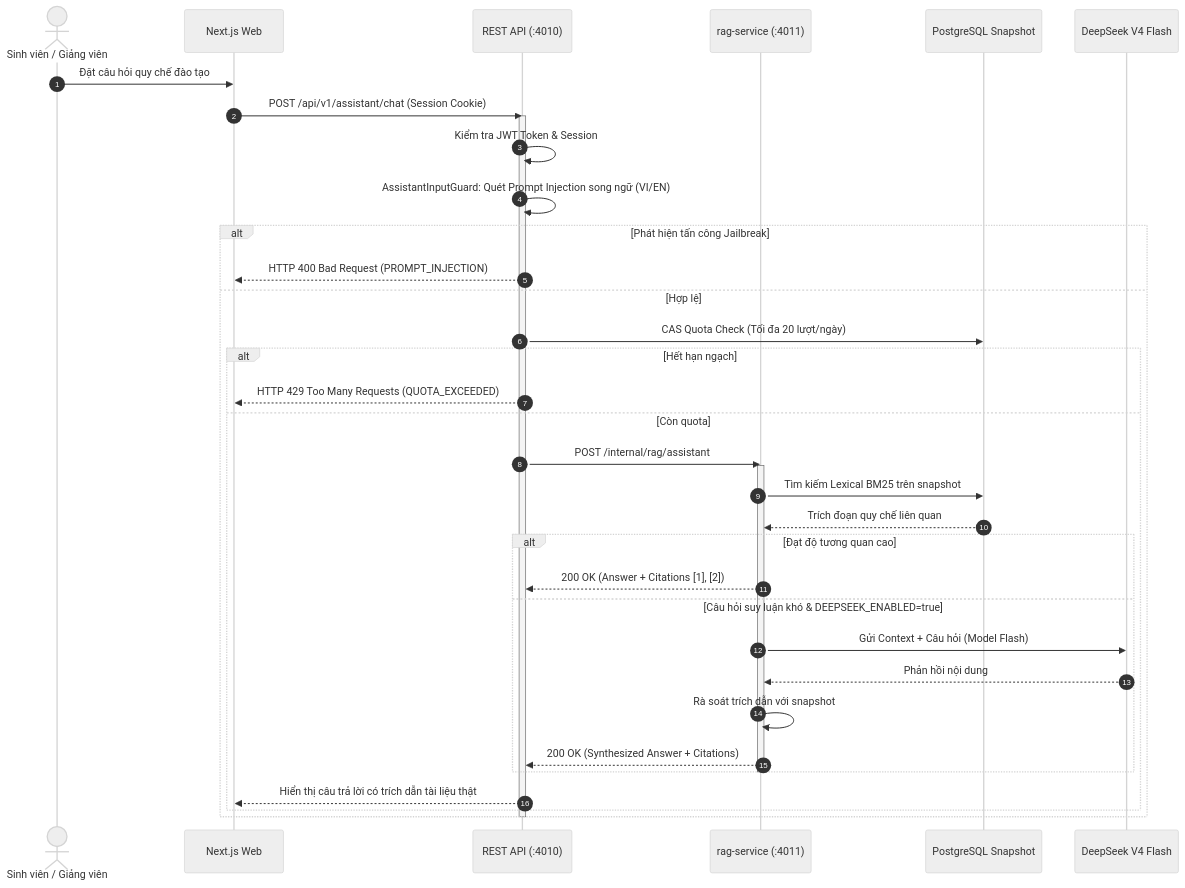
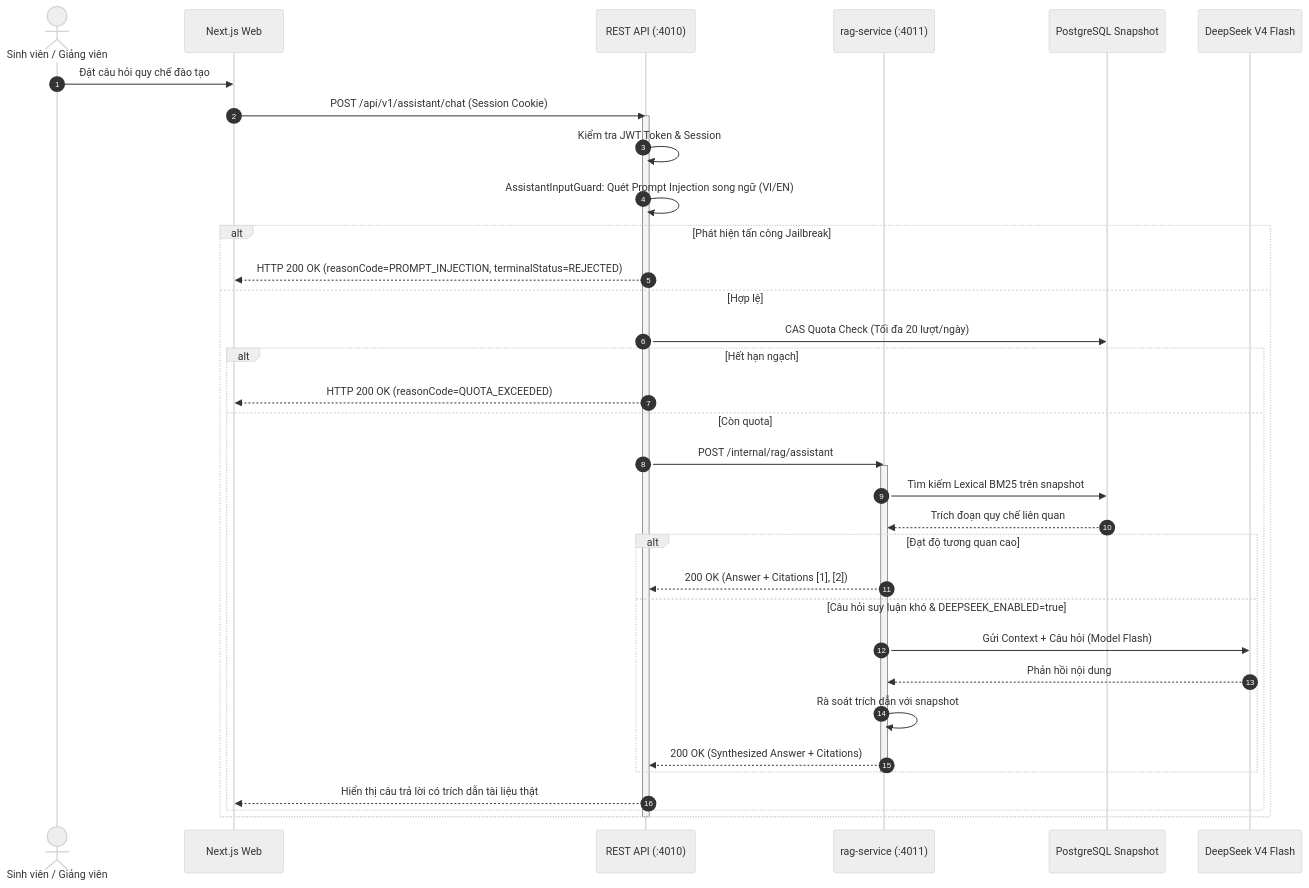
One commit to JasonTM17/CampusCore_Ecosystem changed the fourth of 5 diagrams in docs/ARCHITECTURE.md. Above: the diagram before and after it, drawn with Mermaid (neutral theme). The commit also changed other lines of this file and 6 other files, not shown here.

First line of the commit message:
docs: correct profiles, defaults, schema inventory, counts and gate registry against the code

````diff
--- a/docs/ARCHITECTURE.md
+++ b/docs/ARCHITECTURE.md
@@ -166,41 +166,41 @@
 ```mermaid
 sequenceDiagram
     autonumber
     actor User as Sinh viên / Giảng viên
     participant Web as Next.js Web
     participant API as REST API (:4010)
     participant Sidecar as rag-service (:4011)
     participant DB as PostgreSQL Snapshot
     participant DeepSeek as DeepSeek V4 Flash
 
     User->>Web: Đặt câu hỏi quy chế đào tạo
     Web->>API: POST /api/v1/assistant/chat (Session Cookie)
 
     activate API
     API->>API: Kiểm tra JWT Token & Session
     API->>API: AssistantInputGuard: Quét Prompt Injection song ngữ (VI/EN)
     alt Phát hiện tấn công Jailbreak
-        API-->>Web: HTTP 400 Bad Request (PROMPT_INJECTION)
+        API-->>Web: HTTP 200 OK (reasonCode=PROMPT_INJECTION, terminalStatus=REJECTED)
     else Hợp lệ
         API->>DB: CAS Quota Check (Tối đa 20 lượt/ngày)
         alt Hết hạn ngạch
-            API-->>Web: HTTP 429 Too Many Requests (QUOTA_EXCEEDED)
+            API-->>Web: HTTP 200 OK (reasonCode=QUOTA_EXCEEDED)
         else Còn quota
             API->>Sidecar: POST /internal/rag/assistant
             activate Sidecar
             Sidecar->>DB: Tìm kiếm Lexical BM25 trên snapshot
             DB-->>Sidecar: Trích đoạn quy chế liên quan
             alt Đạt độ tương quan cao
                 Sidecar-->>API: 200 OK (Answer + Citations [1], [2])
             else Câu hỏi suy luận khó & DEEPSEEK_ENABLED=true
                 Sidecar->>DeepSeek: Gửi Context + Câu hỏi (Model Flash)
                 DeepSeek-->>Sidecar: Phản hồi nội dung
                 Sidecar->>Sidecar: Rà soát trích dẫn với snapshot
                 Sidecar-->>API: 200 OK (Synthesized Answer + Citations)
             end
             deactivate Sidecar
             API-->>Web: Hiển thị câu trả lời có trích dẫn tài liệu thật
         end
     end
     deactivate API
 ```
````
